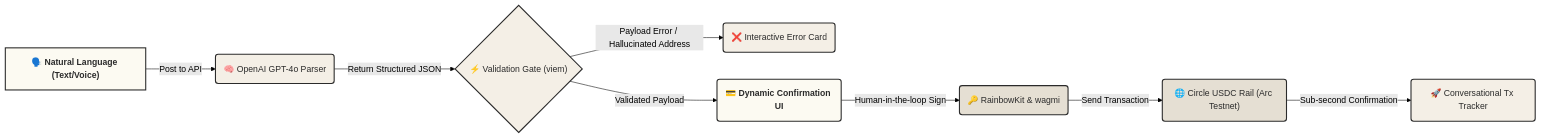
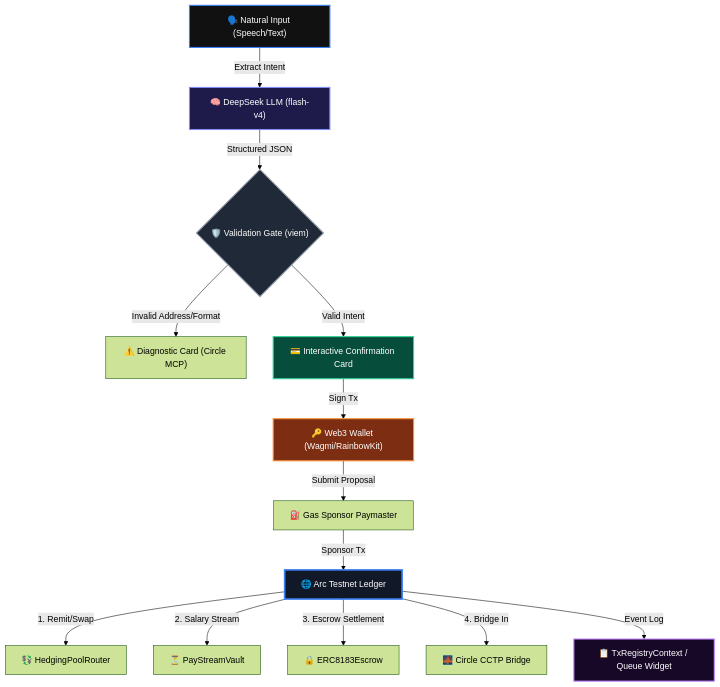
Before and after one commit to thanhtran98hn/WireStable: the diagram in README.md, drawn with Mermaid (forest theme). The commit also changed other lines of this file, not shown here.

Commit message:
docs: update documentation architecture with randomized structure and dynamic technical diagrams

````diff
--- a/README.md
+++ b/README.md
@@ -32,20 +11,35 @@
 ```mermaid
-graph LR
-    classDef userNode fill:#fcfaf2,stroke:#2b2b2b,stroke-width:2px,color:#2b2b2b,font-weight:bold;
-    classDef engineNode fill:#f4efe6,stroke:#2b2b2b,stroke-width:2px,color:#2b2b2b;
-    classDef chainNode fill:#e5dfd3,stroke:#2b2b2b,stroke-width:2px,color:#2b2b2b;
+graph TD
+    %% Node Definitions
+    User["🗣️ Natural Input (Speech/Text)"] -->|"Extract Intent"| AI["🧠 DeepSeek LLM (flash-v4)"]
+    AI -->|"Structured JSON"| ValGate{"🛡️ Validation Gate (viem)"}
+    
+    %% Error Flow
+    ValGate -->|"Invalid Address/Format"| ErrUI["⚠️ Diagnostic Card (Circle MCP)"]
+    
+    %% Valid Flow
+    ValGate -->|"Valid Intent"| ConfCard["💳 Interactive Confirmation Card"]
+    ConfCard -->|"Sign Tx"| Web3Wallet["🔑 Web3 Wallet (Wagmi/RainbowKit)"]
+    
+    %% Sponsors & Execution
+    Web3Wallet -->|"Submit Proposal"| Sponsor["⛽ Gas Sponsor Paymaster"]
+    Sponsor -->|"Sponsor Tx"| ArcChain["🌐 Arc Testnet Ledger"]
+    
+    %% Feature Routes
+    ArcChain -->|"1. Remit/Swap"| FXPool["💱 HedgingPoolRouter"]
+    ArcChain -->|"2. Salary Stream"| PayStream["⏳ PayStreamVault"]
+    ArcChain -->|"3. Escrow Settlement"| Escrow["🔒 ERC8183Escrow"]
+    ArcChain -->|"4. Bridge In"| CCTP["🌉 Circle CCTP Bridge"]
 
-    User["🗣️ Natural Language (Text/Voice)"] -->|Post to API| Parser("🧠 OpenAI GPT-4o Parser")
-    Parser -->|Return Structured JSON| Gate{"⚡ Validation Gate (viem)"}
-    
-    Gate -->|Payload Error / Hallucinated Address| FailUI("❌ Interactive Error Card")
-    Gate -->|Validated Payload| ConfirmUI("💳 Dynamic Confirmation UI")
-    
-    ConfirmUI -->|Human-in-the-loop Sign| Wallet("🔑 RainbowKit & wagmi")
-    Wallet -->|Send Transaction| Arc("🌐 Circle USDC Rail (Arc Testnet)")
-    Arc -->|Sub-second Confirmation| Tracker("🚀 Conversational Tx Tracker")
-    
-    class User,ConfirmUI userNode;
-    class Parser,Gate,FailUI,Tracker engineNode;
-    class Wallet,Arc chainNode;
+    %% Real-time Diagnostics
+    ArcChain -->|"Event Log"| Registry["📋 TxRegistryContext / Queue Widget"]
+
+    %% Style Classes
+    style User fill:#111,stroke:#3b82f6,stroke-width:2px,color:#fff
+    style AI fill:#1e1b4b,stroke:#818cf8,stroke-width:2px,color:#fff
+    style ValGate fill:#1f2937,stroke:#9ca3af,stroke-width:2px,color:#fff
+    style ConfCard fill:#064e3b,stroke:#34d399,stroke-width:2px,color:#fff
+    style Web3Wallet fill:#7c2d12,stroke:#fb923c,stroke-width:2px,color:#fff
+    style ArcChain fill:#111827,stroke:#3b82f6,stroke-width:3px,color:#fff
+    style Registry fill:#180828,stroke:#c084fc,stroke-width:2px,color:#fff
 ```
````
